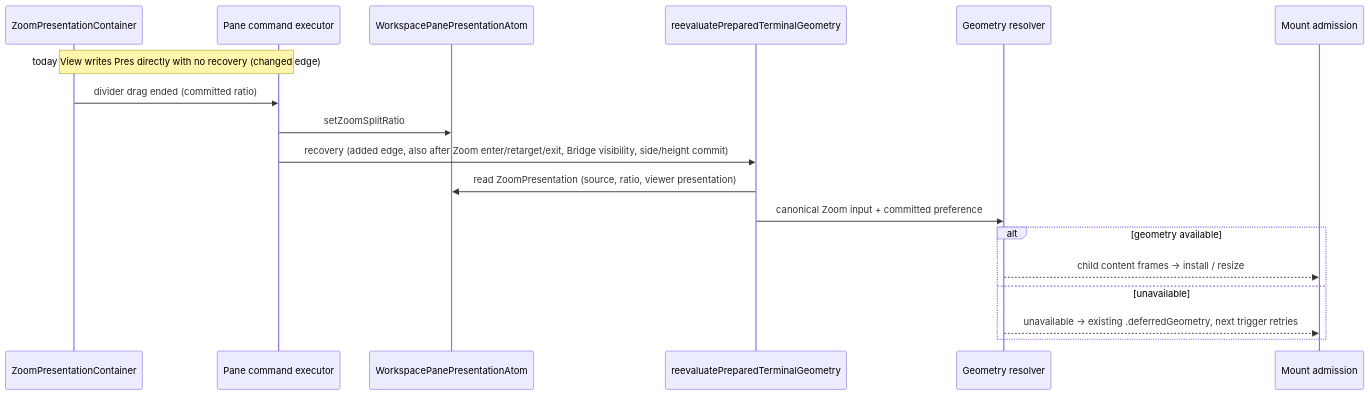
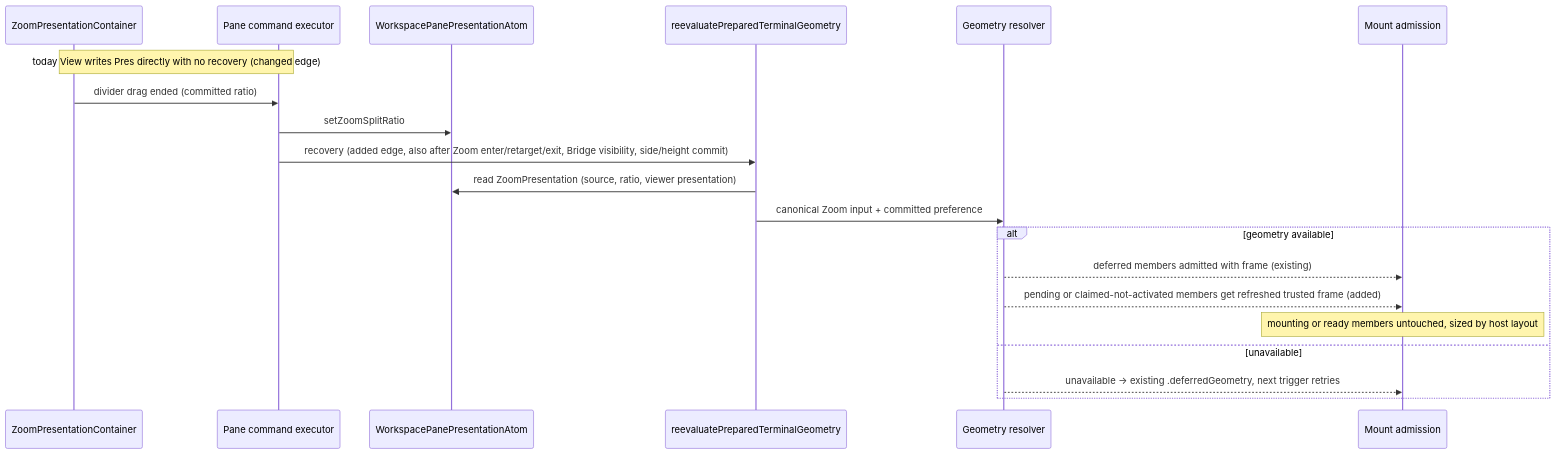
The sixth of 6 diagrams in docs/specs/2026-09-13-drawer-presentation/program-design.md (ShravanSunder/agentstudio), drawn with Mermaid before and after one commit. The commit also changed other lines of this file, not shown here.

First line of the commit message:
Keep queued drawer child frames current across Zoom changes

````diff
--- a/docs/specs/2026-09-13-drawer-presentation/program-design.md
+++ b/docs/specs/2026-09-13-drawer-presentation/program-design.md
@@ -377,20 +403,22 @@
 ```mermaid
 sequenceDiagram
   participant View as ZoomPresentationContainer
   participant Exec as Pane command executor
   participant Pres as WorkspacePanePresentationAtom
   participant Rec as reevaluatePreparedTerminalGeometry
   participant Res as Geometry resolver
   participant Adm as Mount admission
   Note over View,Exec: today View writes Pres directly with no recovery (changed edge)
   View->>Exec: divider drag ended (committed ratio)
   Exec->>Pres: setZoomSplitRatio
   Exec->>Rec: recovery (added edge, also after Zoom enter/retarget/exit, Bridge visibility, side/height commit)
   Rec->>Pres: read ZoomPresentation (source, ratio, viewer presentation)
   Rec->>Res: canonical Zoom input + committed preference
   alt geometry available
-    Res-->>Adm: child content frames → install / resize
+    Res-->>Adm: deferred members admitted with frame (existing)
+    Res-->>Adm: pending or claimed-not-activated members get refreshed trusted frame (added)
+    Note over Adm: mounting or ready members untouched, sized by host layout
   else unavailable
     Res-->>Adm: unavailable → existing .deferredGeometry, next trigger retries
   end
 ```
````
